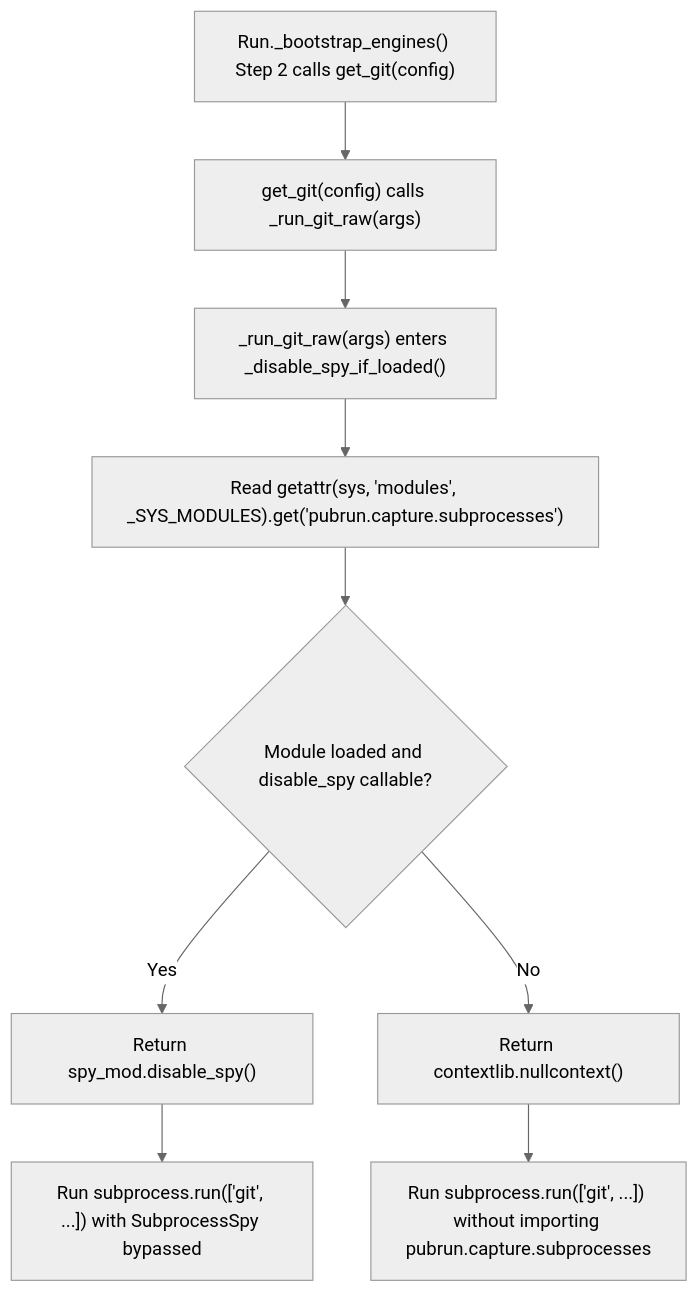
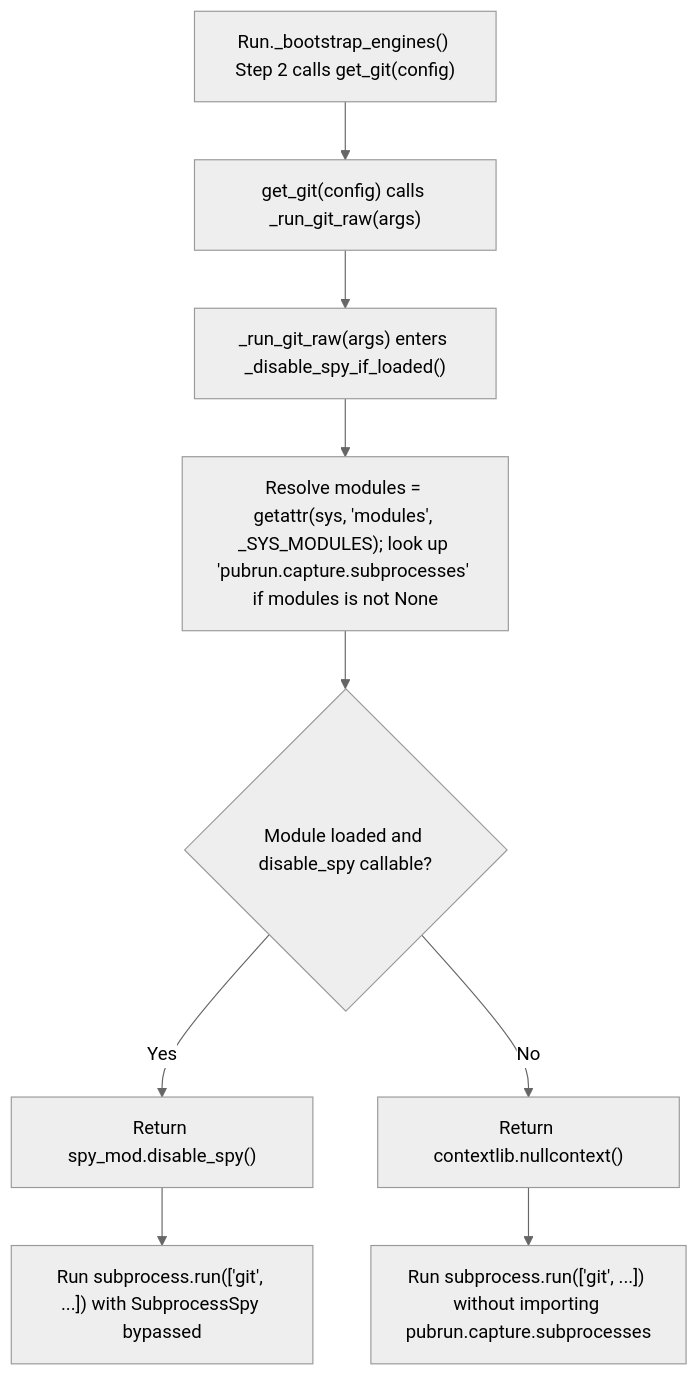
One commit to fariello/pubrun changed the diagram in .aw/records/plans/pending/20261127-ctx0hj-01-7a4bvr-avoid-importing-pubrun-capture-subprocesses-in-git-capture-w.ipd.md. Above: the diagram before and after it, drawn with Mermaid (neutral theme). The commit also changed other lines of this file and 1 other file, not shown here.

````diff
--- a/.aw/records/plans/pending/20261127-ctx0hj-01-7a4bvr-avoid-importing-pubrun-capture-subprocesses-in-git-capture-w.ipd.md
+++ b/.aw/records/plans/pending/20261127-ctx0hj-01-7a4bvr-avoid-importing-pubrun-capture-subprocesses-in-git-capture-w.ipd.md
@@ -33,11 +36,11 @@
 ```mermaid
 flowchart TD
     BOOT["Run._bootstrap_engines() Step 2 calls get_git(config)"] --> RAW["get_git(config) calls _run_git_raw(args)"]
     RAW --> HELPER["_run_git_raw(args) enters _disable_spy_if_loaded()"]
-    HELPER --> LOOKUP["Read getattr(sys, 'modules', _SYS_MODULES).get('pubrun.capture.subprocesses')"]
+    HELPER --> LOOKUP["Resolve modules = getattr(sys, 'modules', _SYS_MODULES); look up 'pubrun.capture.subprocesses' if modules is not None"]
     LOOKUP --> LOADED{"Module loaded and disable_spy callable?"}
     LOADED -->|"Yes"| BYPASS["Return spy_mod.disable_spy()"]
     BYPASS --> RUN_BYPASS["Run subprocess.run(['git', ...]) with SubprocessSpy bypassed"]
     LOADED -->|"No"| NOOP["Return contextlib.nullcontext()"]
     NOOP --> RUN_NOOP["Run subprocess.run(['git', ...]) without importing pubrun.capture.subprocesses"]
 ```
````
